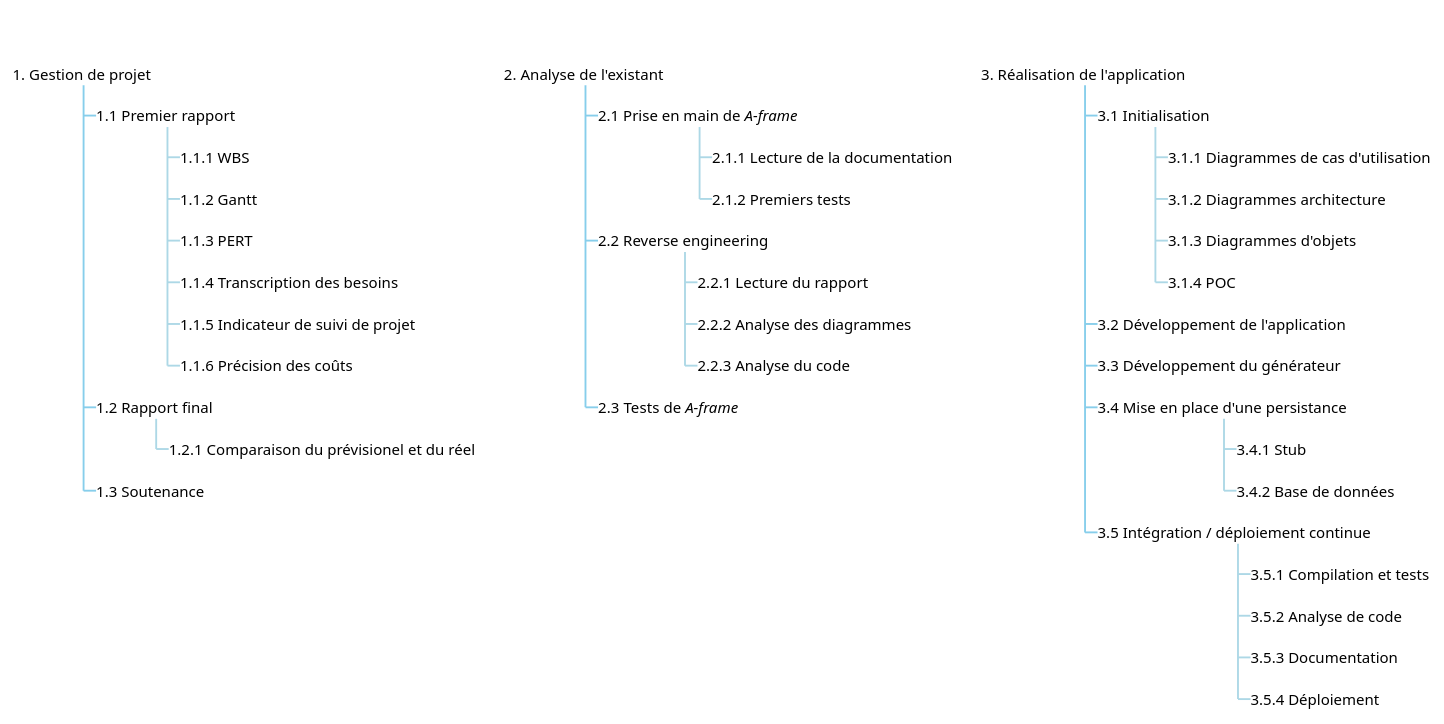
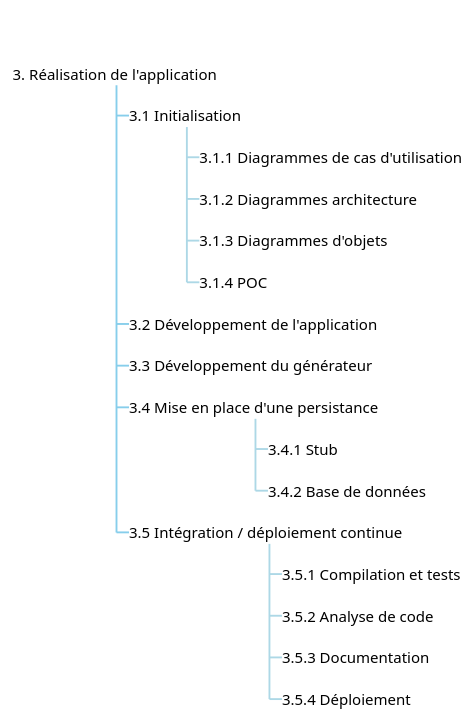
Before and after one commit to axdelafuen/archivr: the third of 3 diagrams in Diagrams/Management/wbs.md, drawn with PlantUML. The commit also changed other lines of this file, not shown here.

````diff
--- a/Diagrams/Management/wbs.md
+++ b/Diagrams/Management/wbs.md
@@ -63,62 +70,40 @@
 ```plantuml
 
 @startwbs
 
 <style>
 wbsDiagram {
   arrow {
     LineColor SkyBlue
   }
   :depth(0) {
       LineColor transparent
       FontColor transparent
   }
   arrow {
     :depth(2) {
       LineColor lightblue
     }
   } 
 }
 </style>
 *_ wbs
-**_ 1. Gestion de projet
-***_ 1.1 Premier rapport
-****_ 1.1.1 WBS
-****_ 1.1.2 Gantt
-****_ 1.1.3 PERT
-****_ 1.1.4 Transcription des besoins
-****_ 1.1.5 Indicateur de suivi de projet 
-****_ 1.1.6 Précision des coûts
-***_ 1.2 Rapport final
-****_ 1.2.1 Comparaison du prévisionel et du réel
-***_ 1.3 Soutenance
-
-**_ 2. Analyse de l'existant
-***_ 2.1 Prise en main de //A-frame//
-****_ 2.1.1 Lecture de la documentation
-****_ 2.1.2 Premiers tests
-***_ 2.2 Reverse engineering
-****_ 2.2.1 Lecture du rapport
-****_ 2.2.2 Analyse des diagrammes
-****_ 2.2.3 Analyse du code
-***_ 2.3 Tests de //A-frame//
-
 **_ 3. Réalisation de l'application
 ***_ 3.1 Initialisation
 ****_ 3.1.1 Diagrammes de cas d'utilisation
 ****_ 3.1.2 Diagrammes architecture
 ****_ 3.1.3 Diagrammes d'objets
 ****_ 3.1.4 POC
 ***_ 3.2 Développement de l'application
 ***_ 3.3 Développement du générateur
 ***_ 3.4 Mise en place d'une persistance
 ****_ 3.4.1 Stub
 ****_ 3.4.2 Base de données
 ***_ 3.5 Intégration / déploiement continue 
 ****_ 3.5.1 Compilation et tests
 ****_ 3.5.2 Analyse de code
 ****_ 3.5.3 Documentation
 ****_ 3.5.4 Déploiement
 
 @endwbs
 ```
````
